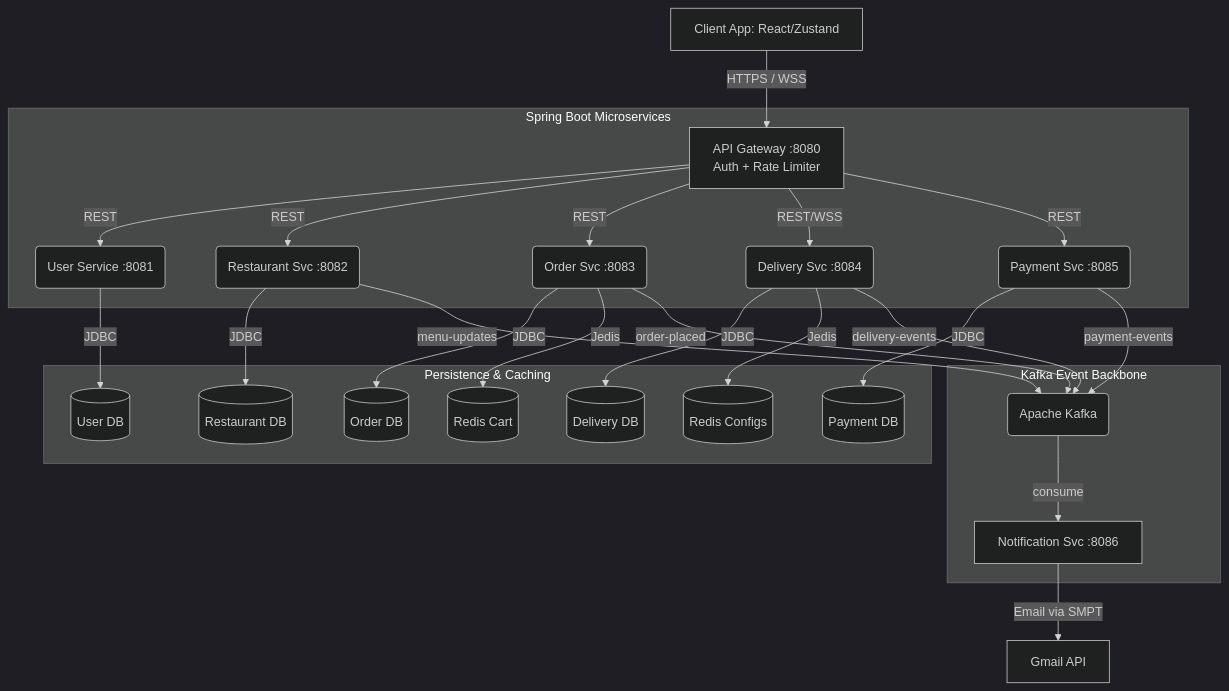
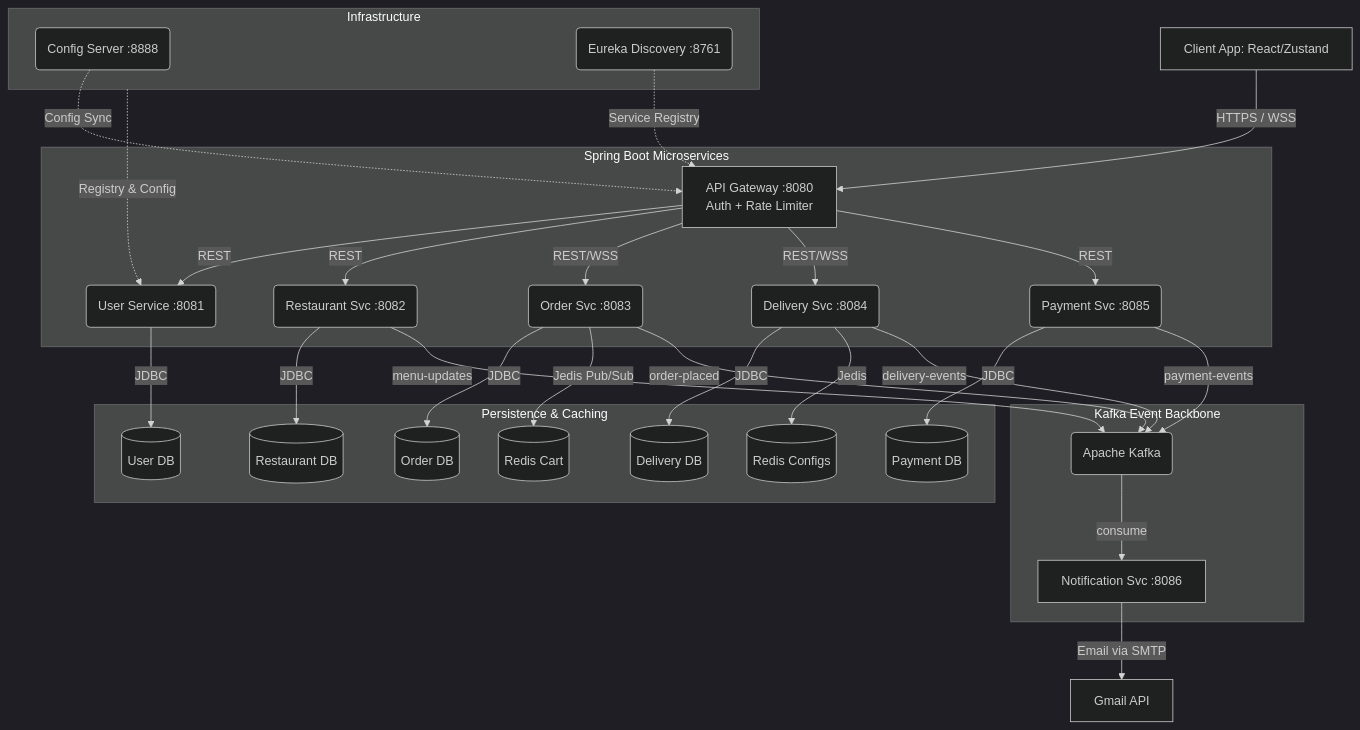
The first of 3 diagrams in README.md (shivam123450/foodRush), drawn with Mermaid (dark theme) before and after one commit.

Commit message:
Update README.md with diagram changes

````diff
--- a/README.md
+++ b/README.md
@@ -28,33 +28,43 @@
 ```mermaid
 graph TD
     Client[Client App: React/Zustand] -->|HTTPS / WSS| APIGW[API Gateway :8080\nAuth + Rate Limiter]
     
+    subgraph Infrastructure
+        CONFIG(Config Server :8888)
+        EUREKA(Eureka Discovery :8761)
+    end
+    
+    CONFIG -.->|Config Sync| APIGW
+    EUREKA -.->|Service Registry| APIGW
+    
     subgraph Spring Boot Microservices
         APIGW -->|REST| USR(User Service :8081)
         APIGW -->|REST| RST(Restaurant Svc :8082)
-        APIGW -->|REST| ORD(Order Svc :8083)
+        APIGW -->|REST/WSS| ORD(Order Svc :8083)
         APIGW -->|REST/WSS| DEL(Delivery Svc :8084)
         APIGW -->|REST| PAY(Payment Svc :8085)
     end
+    
+    Infrastructure -.->|Registry & Config| USR
     
     subgraph Persistence & Caching
         USR -->|JDBC| MySQL1[(User DB)]
         RST -->|JDBC| MySQL2[(Restaurant DB)]
         ORD -->|JDBC| MySQL3[(Order DB)]
         DEL -->|JDBC| MySQL4[(Delivery DB)]
         PAY -->|JDBC| MySQL5[(Payment DB)]
         
-        ORD -->|Jedis| Red1[(Redis Cart)]
+        ORD -->|Jedis Pub/Sub| Red1[(Redis Cart)]
         DEL -->|Jedis| Red2[(Redis Configs)]
     end
 
     subgraph Kafka Event Backbone
         ORD -->|order-placed| KAFKA(Apache Kafka)
         DEL -->|delivery-events| KAFKA
         RST -->|menu-updates| KAFKA
         PAY -->|payment-events| KAFKA
         
         KAFKA -->|consume| NOTIF[Notification Svc :8086]
     end
-    NOTIF -->|Email via SMPT| SMTP[Gmail API]
+    NOTIF -->|Email via SMTP| SMTP[Gmail API]
 ```
````
